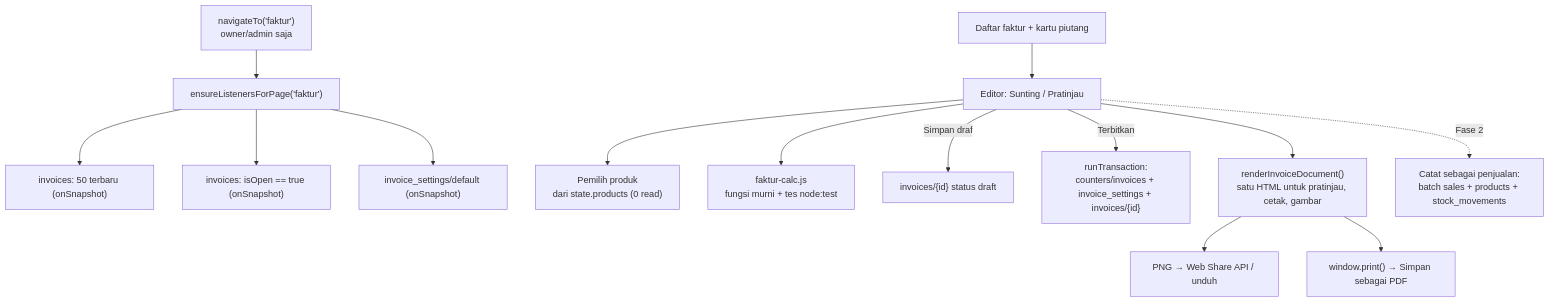
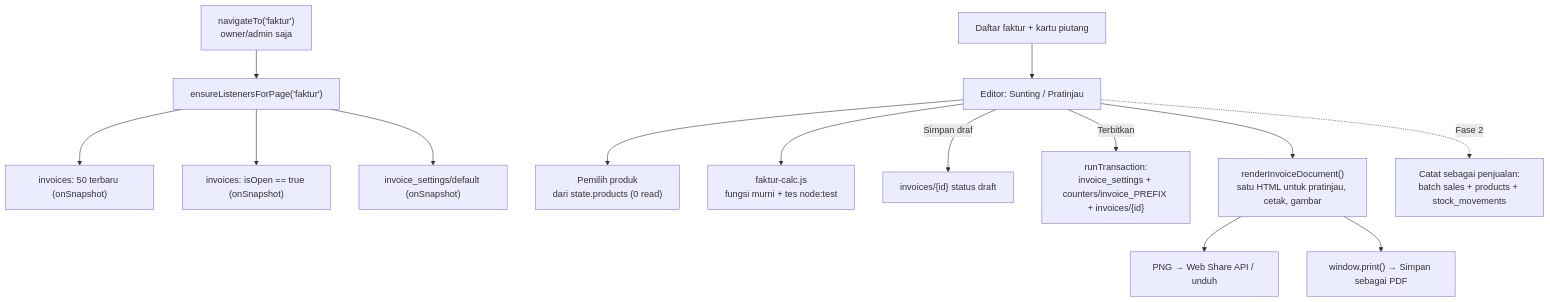
Before and after one commit to Inzta-Moto/inztamoto-erp-dashboard: the diagram in .kiro/specs/faktur/design.md, drawn with Mermaid. The commit also changed other lines of this file and 2 other files, not shown here.

````diff
--- a/.kiro/specs/faktur/design.md
+++ b/.kiro/specs/faktur/design.md
@@ -7,16 +7,16 @@
 ```mermaid
 graph TD
     Nav["navigateTo('faktur')<br/>owner/admin saja"] --> Lazy["ensureListenersForPage('faktur')"]
     Lazy --> L1["invoices: 50 terbaru (onSnapshot)"]
     Lazy --> L2["invoices: isOpen == true (onSnapshot)"]
     Lazy --> L3["invoice_settings/default (onSnapshot)"]
     List["Daftar faktur + kartu piutang"] --> Editor["Editor: Sunting / Pratinjau"]
     Editor --> Picker["Pemilih produk<br/>dari state.products (0 read)"]
     Editor --> Calc["faktur-calc.js<br/>fungsi murni + tes node:test"]
     Editor -->|Simpan draf| Draft["invoices/{id} status draft"]
-    Editor -->|Terbitkan| Tx["runTransaction:<br/>counters/invoices + invoice_settings + invoices/{id}"]
+    Editor -->|Terbitkan| Tx["runTransaction:<br/>invoice_settings + counters/invoice_PREFIX + invoices/{id}"]
     Editor --> Doc["renderInvoiceDocument()<br/>satu HTML untuk pratinjau, cetak, gambar"]
     Doc --> PNG["PNG → Web Share API / unduh"]
     Doc --> PDF["window.print() → Simpan sebagai PDF"]
     Editor -.->|Fase 2| Sales["Catat sebagai penjualan:<br/>batch sales + products + stock_movements"]
 ```
````
